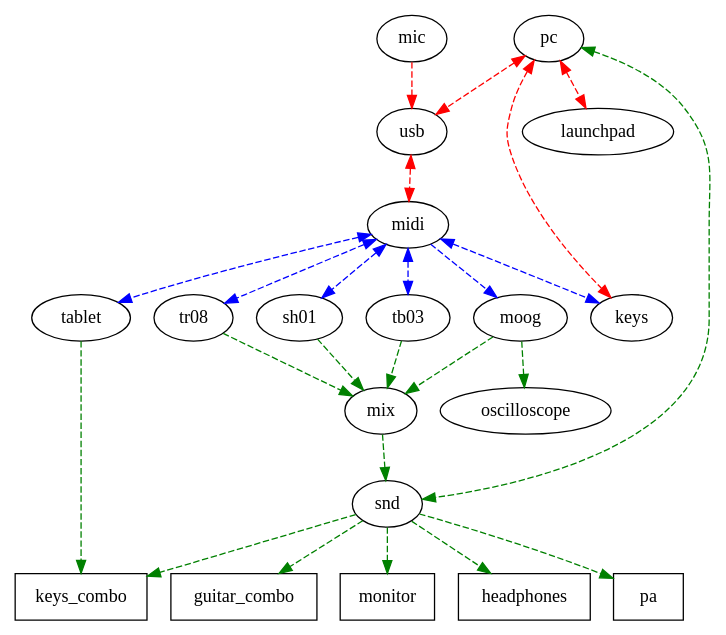
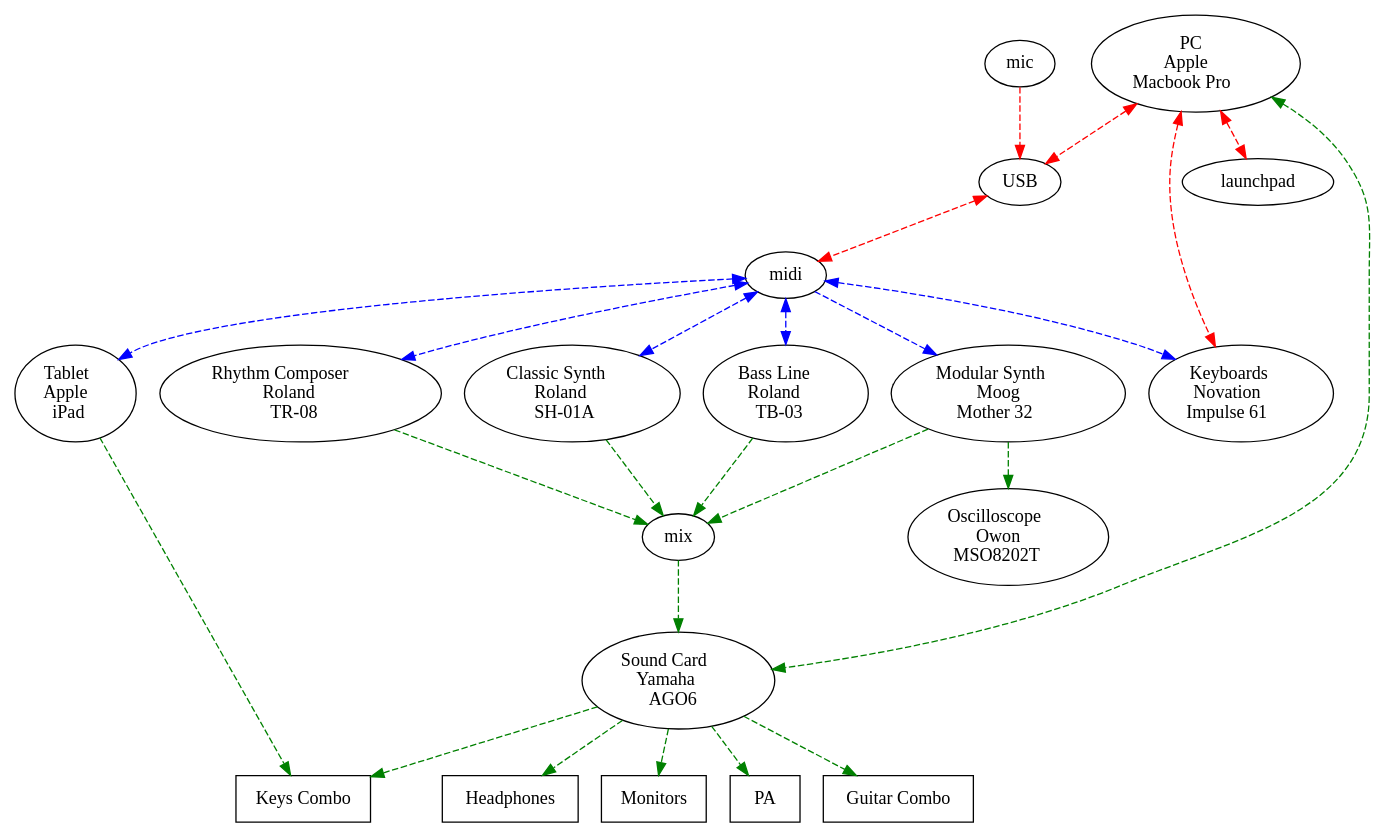
The diagram in dots/infrastructure.dot (korczis/dj-schnapps), drawn with Graphviz before and after one commit. The commit also changed 5 other files, not shown here.

Commit message:
Updated infrastructure charts

```diff
--- a/dots/infrastructure.dot
+++ b/dots/infrastructure.dot
@@ -1,66 +1,90 @@
 
 
 
 
 
 
 digraph G {
     concentrate=true;
 
+    # Root nodes
+    pc [label=<PC <br/> Apple <br/> Macbook Pro>];
+    usb [label="USB"];
+
+    # Root connections
     pc -> usb [style=dashed, color=red];
     usb -> pc [style=dashed, color=red];
 
+    snd [label=<Sound Card <br/> Yamaha <br/> AGO6>];
     pc -> snd [style=dashed, color=green];
     snd -> pc [style=dashed, color=green];
 
+    keys [label=<Keyboards <br/> Novation <br/> Impulse 61>]
     pc -> keys [style=dashed, color=red];
     keys -> pc [style=dashed, color=red];
 
-    tablet -> midi [style=dashed, color=blue];
-    midi -> tablet [style=dashed, color=blue];
-
+    # Midi
     midi -> usb [style=dashed, color=red];
     usb -> midi [style=dashed, color=red];
 
     mic -> usb [style=dashed, color=red];
 
     keys -> midi [style=dashed, color=blue];
     midi -> keys [style=dashed, color=blue];
 
+    tablet [label=<Tablet <br/> Apple <br/> iPad>]
+    tablet -> midi [style=dashed, color=blue];
+    midi -> tablet [style=dashed, color=blue];
+
     # Moog
+    moog [label=<Modular Synth <br/> Moog <br/> Mother 32>];
     midi -> moog [style=dashed, color=blue];
 
+    # TB-03
+    tb03 [label=<Bass Line <br/> Roland <br/> TB-03>];
     tb03 -> midi [style=dashed, color=blue];
     midi -> tb03 [style=dashed, color=blue];
 
+    tr08 [label=<Rhythm Composer <br/> Roland <br/> TR-08>];
     tr08 -> midi [style=dashed, color=blue];
     midi -> tr08 [style=dashed, color=blue];
 
+    sh01 [label=<Classic Synth <br/> Roland <br/> SH-01A>];
     sh01 -> midi [style=dashed, color=blue];
     midi -> sh01 [style=dashed, color=blue];
 
     mix -> snd [style=dashed, color=green];
 
     # Synths to mix
     moog -> mix [style=dashed, color=green];
     tb03 -> mix [style=dashed, color=green];
     tr08 -> mix [style=dashed, color=green];
     sh01 -> mix [style=dashed, color=green];
 
     pc -> launchpad [style=dashed, color=red];
     launchpad -> pc [style=dashed, color=red];
 
     # Sound outputs
+
+    ## Output - Definitions
     node [shape=box];
+
+    guitar_combo [label = "Guitar Combo"];
+    keys_combo [label = "Keys Combo"];
+    headphones [label = "Headphones"];
+    monitors [label = "Monitors"];
+    pa [label = "PA"];
+
+    ## Output - Connections
     snd -> pa [style=dashed, color=green];
     snd -> guitar_combo [style=dashed, color=green];
-    snd -> monitor [style=dashed, color=green];
+    snd -> monitors [style=dashed, color=green];
     snd -> headphones [style=dashed, color=green];
     snd -> keys_combo [style=dashed, color=green];
 
     tablet -> keys_combo [style=dashed, color=green];
 
     # Extra stuff
-    node [shape=ellipse];
+    oscilloscope [label=<Oscilloscope <br/> Owon <br/> MSO8202T>, shape="ellipse"];
     moog -> oscilloscope [style=dashed, color=green];
 }
```
